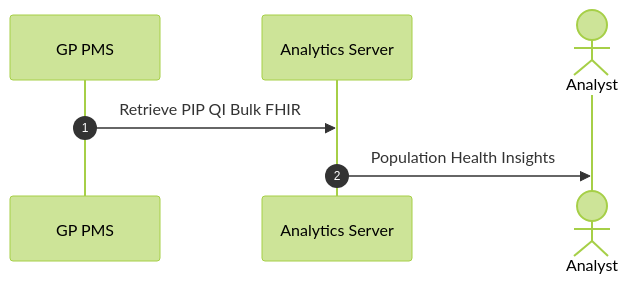
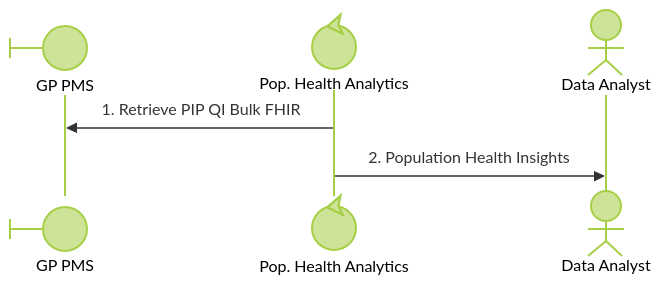
The seventh of 7 diagrams in au-fhir-test-data-set/connected-care/Alex Story Interactions.md (hl7au/au-fhir-test-data), drawn with Mermaid (forest theme) before and after one commit. The commit also changed other lines of this file, not shown here.

Commit message:
Updated Alex Story Interactions.md so diagrams read initiator→responder directly, with manual numbering, typed/described participants, and consistent naming.

````diff
--- a/au-fhir-test-data-set/connected-care/Alex Story Interactions.md
+++ b/au-fhir-test-data-set/connected-care/Alex Story Interactions.md
@@ -279,10 +305,9 @@
 ```mermaid
 sequenceDiagram
-    autonumber
-    participant PMS as GP PMS
-    participant AnlSvr as Analytics Server
-    actor Analyst
+    participant PMS@{ "type" : "boundary" } as GP PMS
+    participant AnlSvr@{ "type" : "control" } as Pop. Health Analytics
+    actor Analyst as Data Analyst
 
-    PMS->>AnlSvr: Retrieve PIP QI Bulk FHIR
-    AnlSvr->>Analyst: Population Health Insights
+    AnlSvr->>PMS: 1. Retrieve PIP QI Bulk FHIR
+    AnlSvr->>Analyst: 2. Population Health Insights
 ```
````
